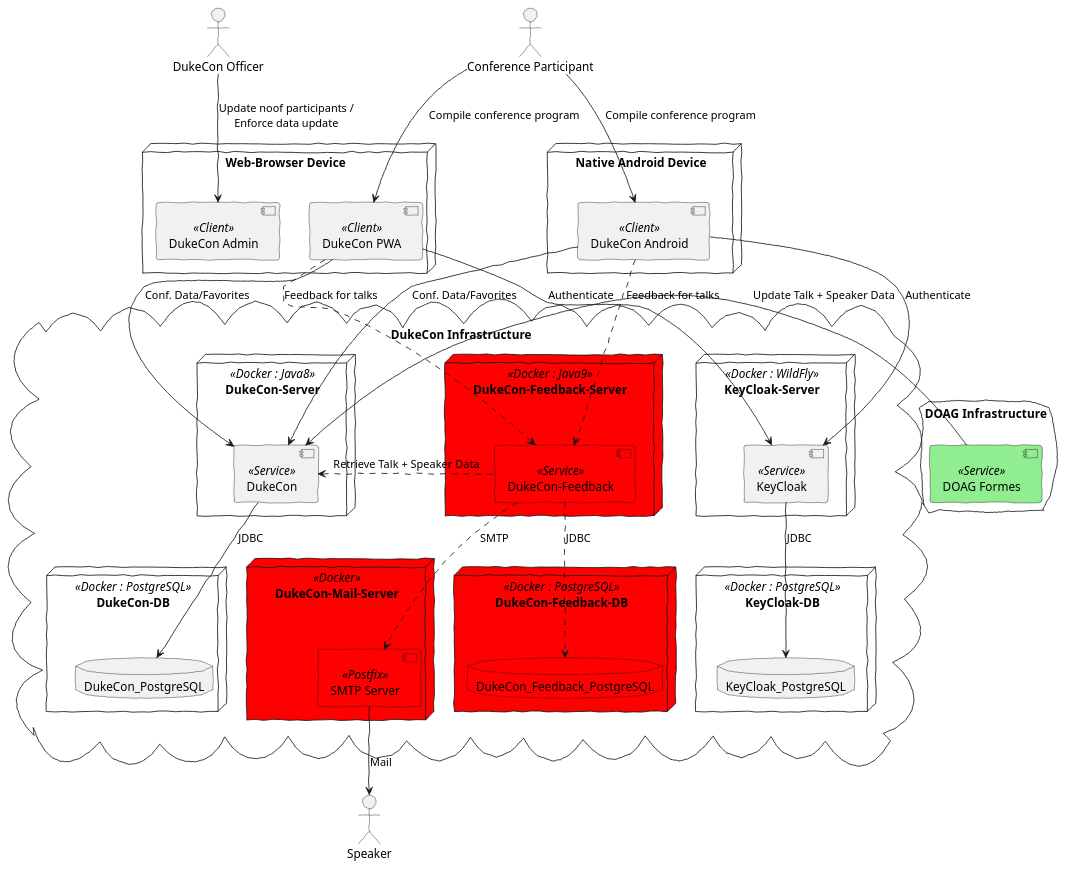
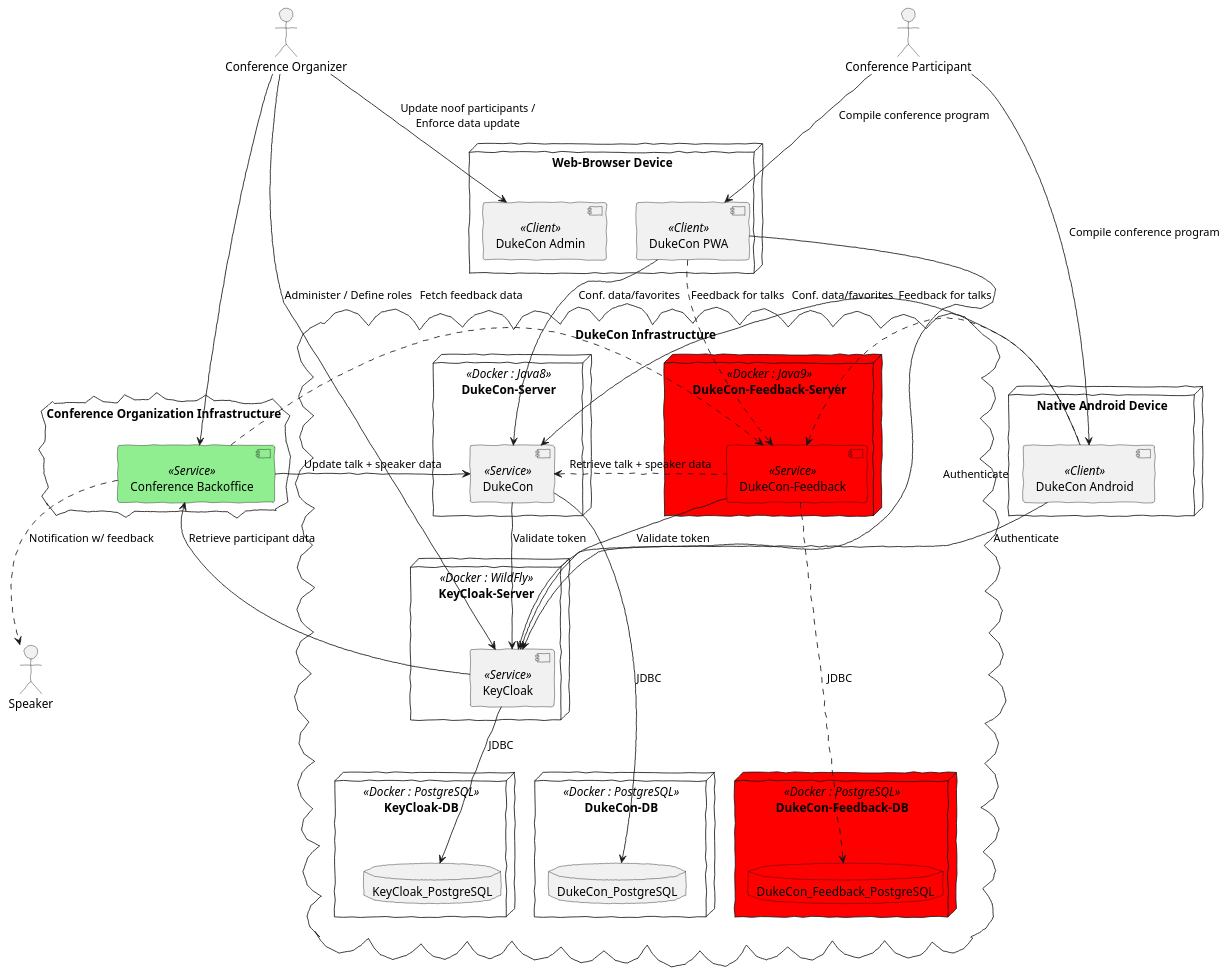
The diagram in src/main/asciidoc/images/dukecon-architecture.puml (dukecon/dukecon), drawn with PlantUML before and after one commit.

Commit message:
White box arch. update: Drop Mailservie + make backoffice more generic
- Replace DOAG by generic conference organizer
- Replace SMTP by generic notification of speaker
- Replace some edge descriptions
- Reorder database layer

```diff
--- a/src/main/asciidoc/images/dukecon-architecture.puml
+++ b/src/main/asciidoc/images/dukecon-architecture.puml
@@ -1,73 +1,79 @@
 @startuml
 skinparam handwritten true
 
-actor :DukeCon Officer:
+actor :Conference Organizer:
 actor :Conference Participant:
 actor :Speaker:
 
 node "Web-Browser Device" {
     [DukeCon Admin] <<Client>>
     [DukeCon PWA] <<Client>> as DukeConPwa
 }
 
 node "Native Android Device" {
     [DukeCon Android] <<Client>> as DukeConAndroid
 }
 
-cloud "DOAG Infrastructure" {
-    [DOAG Formes] <<Service>> as DoagFormes #lightgreen
+cloud "Conference Organization Infrastructure" {
+    [Conference Backoffice] <<Service>> as ConferenceBackoffice #lightgreen
+'    [SMTP Server] <<Postfix>> as ConferenceMailer #red
 }
 
 cloud "DukeCon Infrastructure" {
     node DukeCon-Server <<Docker : Java8>> {
         [DukeCon] <<Service>> as DukeconService
     }
 
-    node DukeCon-DB <<Docker : PostgreSQL>> {
-        database DukeCon_PostgreSQL
-    }
-    [DukeconService] --> [DukeCon_PostgreSQL] : JDBC
-
     node DukeCon-Feedback-Server <<Docker : Java9>> #red {
         [DukeCon-Feedback] <<Service>> as DukeconFeedbackService #red
     }
 
-    node DukeCon-Feedback-DB <<Docker : PostgreSQL>> #red {
-        database DukeCon_Feedback_PostgreSQL as DukeconFeedbackDB #red
-    }
-    [DukeconFeedbackService] ..> DukeconFeedbackDB : JDBC
-    DukeconService <.right. DukeconFeedbackService : Retrieve Talk + Speaker Data
-
-    node DukeCon-Mail-Server <<Docker>> #red {
-        [SMTP Server] <<Postfix>> as DukeconPostfix #red
-    }
-    [DukeconFeedbackService] ..> DukeconPostfix : SMTP
-
     node KeyCloak-Server <<Docker : WildFly>> {
         [KeyCloak] <<Service>>
     }
+    DukeconService -down-> KeyCloak : Validate token
+    DukeconFeedbackService -down-> KeyCloak : Validate token
 
-    node KeyCloak-DB <<Docker : PostgreSQL>> {
-        database KeyCloak_PostgreSQL
+    together {
+        node DukeCon-DB <<Docker : PostgreSQL>> {
+            database DukeCon_PostgreSQL
+        }
+        [DukeconService] --> [DukeCon_PostgreSQL] : JDBC
+
+        node DukeCon-Feedback-DB <<Docker : PostgreSQL>> #red {
+            database DukeCon_Feedback_PostgreSQL as DukeconFeedbackDB #red
+        }
+        [DukeconFeedbackService] ..> DukeconFeedbackDB : JDBC
+        DukeconService <.right. DukeconFeedbackService : Retrieve talk + speaker data
+
+        node KeyCloak-DB <<Docker : PostgreSQL>> {
+            database KeyCloak_PostgreSQL
+        }
+        [KeyCloak] --> [KeyCloak_PostgreSQL] : JDBC
     }
-    [KeyCloak] --> [KeyCloak_PostgreSQL] : JDBC
 }
 
-DoagFormes -right-> DukeconService : Update Talk + Speaker Data
+ConferenceBackoffice -right-> DukeconService : Update talk + speaker data
+ConferenceBackoffice <-left- KeyCloak : Retrieve participant data
+'[DukeconFeedbackService] ..> ConferenceMailer : SMTP
+ConferenceBackoffice .down.> DukeconFeedbackService : Fetch feedback data
 
-:DukeCon Officer: -down-> (DukeCon Admin) : "Update noof participants /\nEnforce data update"
+:Conference Organizer: -down-> (DukeCon Admin) : "Update noof participants /\nEnforce data update"
+:Conference Organizer: -down-> ConferenceBackoffice
+:Conference Organizer: -down-> KeyCloak : Administer / Define roles
 
 :Conference Participant: -down-> DukeConAndroid : Compile conference program
 :Conference Participant: -down-> DukeConPwa : Compile conference program
 
-(DukeConPwa) -down-> (DukeconService) : Conf. Data/Favorites
+(DukeConPwa) -down-> (DukeconService) : Conf. data/favorites
 (DukeConPwa) .down-> (DukeconFeedbackService) : Feedback for talks
 (DukeConPwa) -down-> (KeyCloak) : Authenticate
 
-(DukeConAndroid) -down-> (DukeconService) : Conf. Data/Favorites
-(DukeConAndroid) .down-> (DukeconFeedbackService) : Feedback for talks
-(DukeConAndroid) -down-> (KeyCloak) : Authenticate
+(DukeConAndroid) --> (DukeconService) : Conf. data/favorites
+(DukeconFeedbackService) <.. (DukeConAndroid) : Feedback for talks
+(DukeConAndroid) --> (KeyCloak) : Authenticate
 
-DukeconPostfix --> :Speaker: : Mail
+'ConferenceMailer --> :Speaker: : Mail
+ConferenceBackoffice .down.> :Speaker: : Notification w/ feedback
 
 @enduml
```
